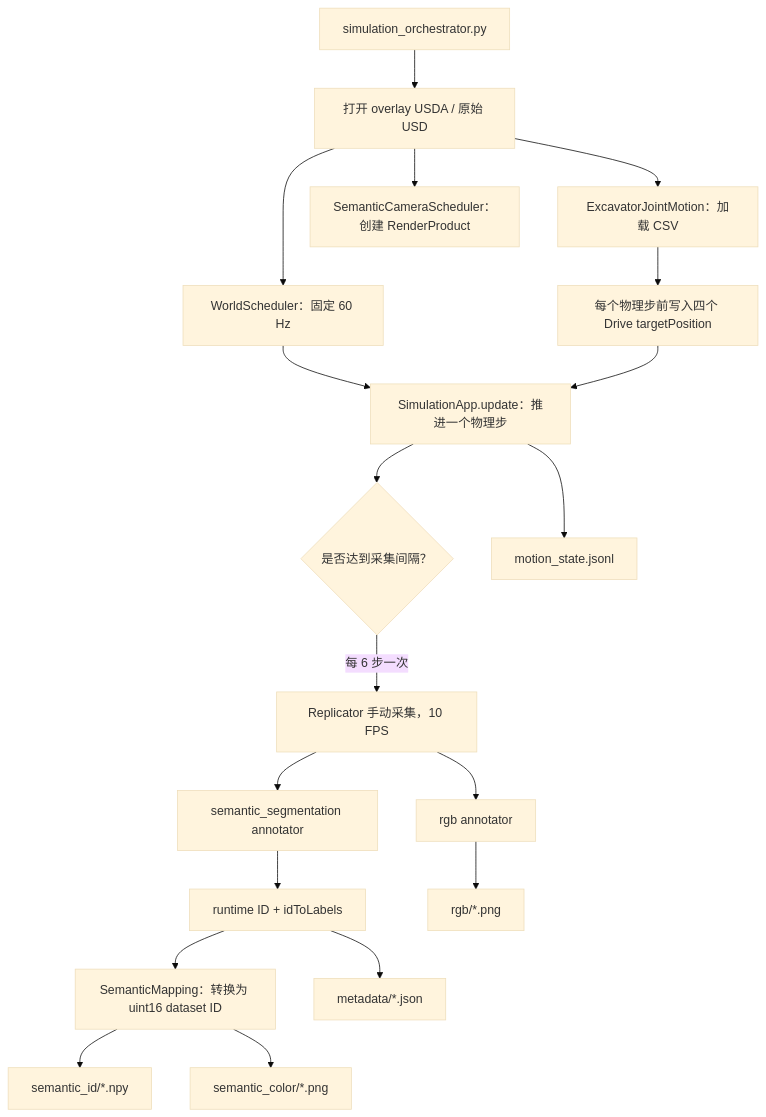
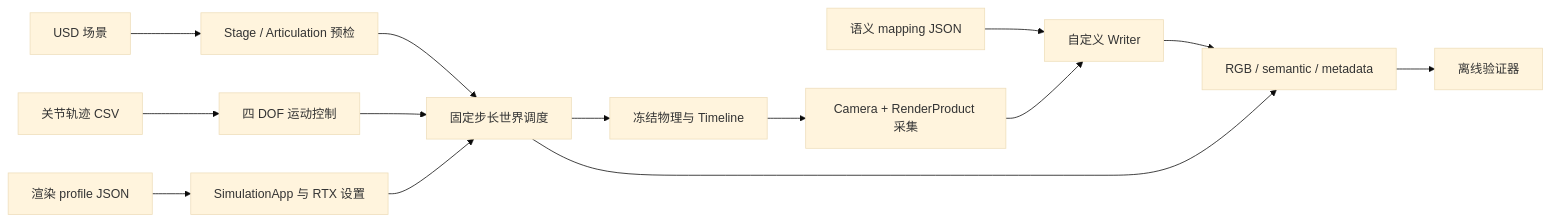
Before and after one commit to rtdelta/IsaacSim_Semantic: the first of 2 diagrams in scripts/260714_01semantic_worldModule/docs/tutorials/Isaac_Sim语义世界模块完整学习笔记.md, drawn with Mermaid (base theme). The commit also changed other lines of this file and 36 other files, not shown here.

````diff
--- a/scripts/260714_01semantic_worldModule/docs/tutorials/Isaac_Sim语义世界模块完整学习笔记.md
+++ b/scripts/260714_01semantic_worldModule/docs/tutorials/Isaac_Sim语义世界模块完整学习笔记.md
@@ -73,21 +15,16 @@
 ```mermaid
-flowchart TD
-    A["simulation_orchestrator.py"] --> B["打开 overlay USDA / 原始 USD"]
-    B --> C["WorldScheduler：固定 60 Hz"]
-    B --> D["ExcavatorJointMotion：加载 CSV"]
-    B --> E["SemanticCameraScheduler：创建 RenderProduct"]
-    D --> F["每个物理步前写入四个 Drive targetPosition"]
-    C --> G["SimulationApp.update：推进一个物理步"]
-    F --> G
-    G --> H{"是否达到采集间隔？"}
-    H -->|"每 6 步一次"| I["Replicator 手动采集，10 FPS"]
-    I --> J["rgb annotator"]
-    I --> K["semantic_segmentation annotator"]
-    K --> L["runtime ID + idToLabels"]
-    L --> M["SemanticMapping：转换为 uint16 dataset ID"]
-    M --> N["semantic_id/*.npy"]
-    M --> O["semantic_color/*.png"]
-    J --> P["rgb/*.png"]
-    L --> Q["metadata/*.json"]
-    G --> R["motion_state.jsonl"]
+flowchart LR
+    A["USD 场景"] --> P["Stage / Articulation 预检"]
+    B["关节轨迹 CSV"] --> M["四 DOF 运动控制"]
+    C["语义 mapping JSON"] --> W["自定义 Writer"]
+    D["渲染 profile JSON"] --> R["SimulationApp 与 RTX 设置"]
+    P --> S["固定步长世界调度"]
+    M --> S
+    R --> S
+    S --> F["冻结物理与 Timeline"]
+    F --> K["Camera + RenderProduct 采集"]
+    K --> W
+    W --> O["RGB / semantic / metadata"]
+    S --> O
+    O --> V["离线验证器"]
 ```
````
